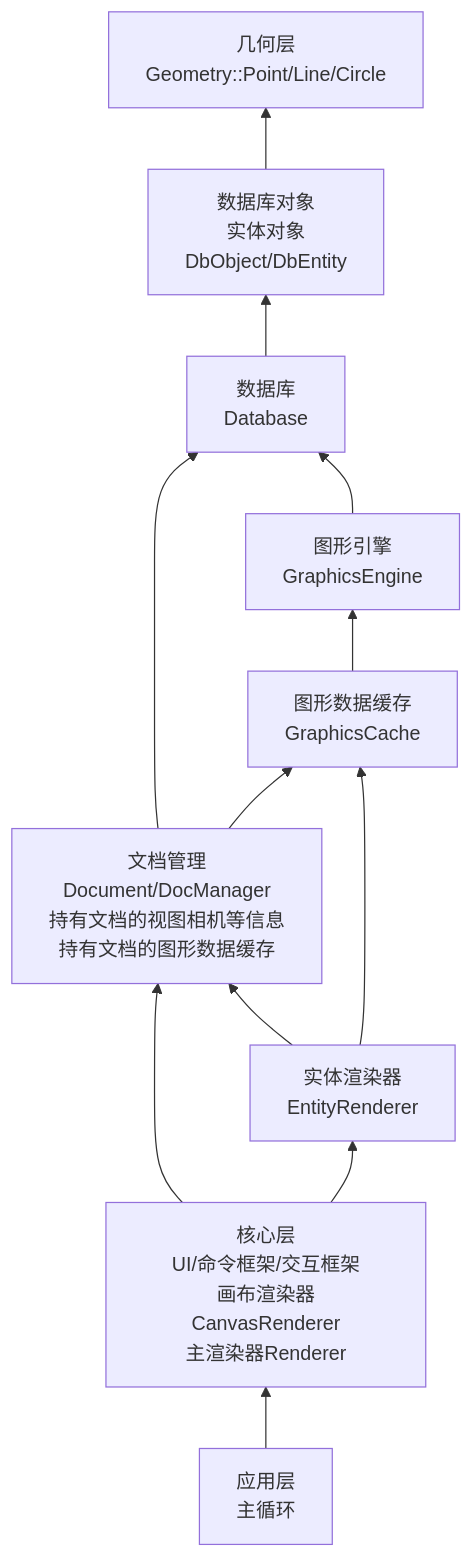
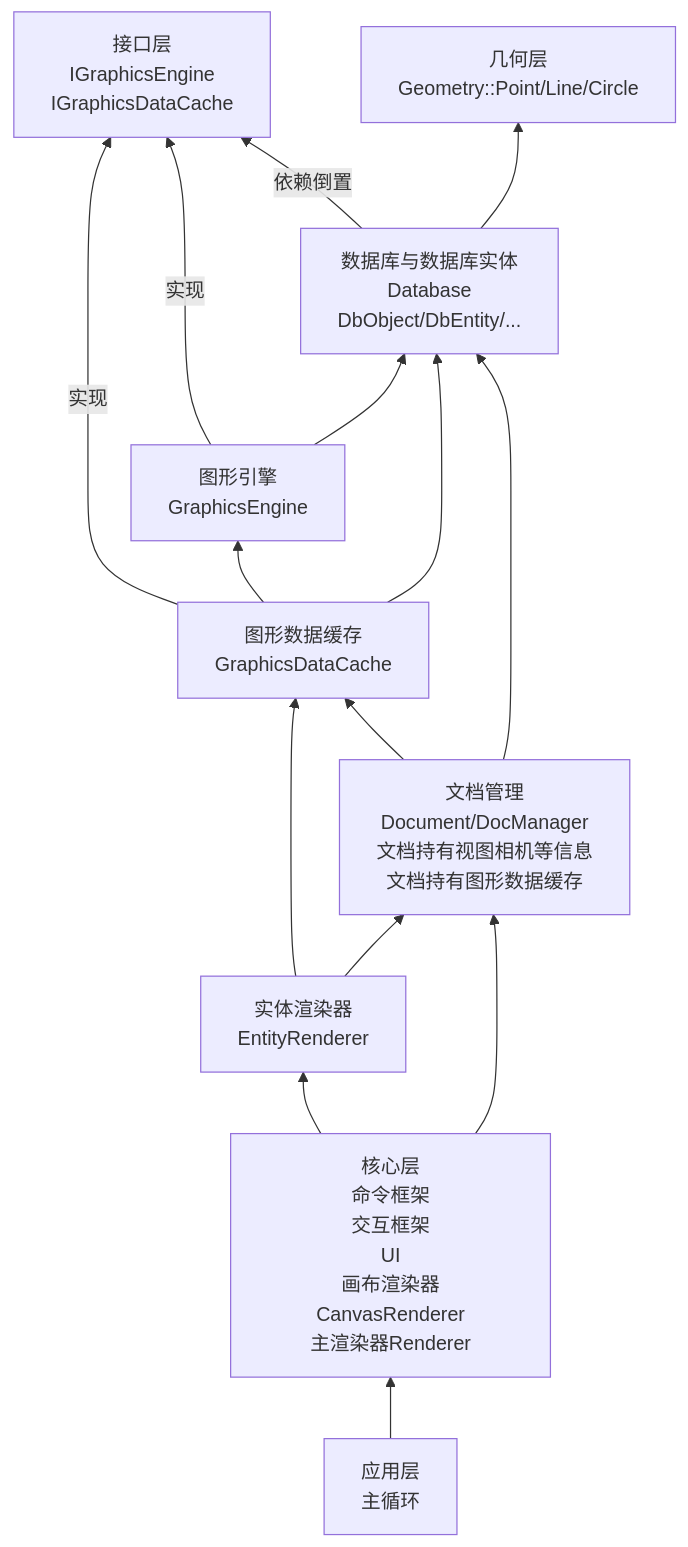
Before and after one commit to tch0/CadToy: the diagram in Docs/CoreDesign.md, drawn with Mermaid. The commit also changed other lines of this file and 11 other files, not shown here.

Commit message:
图形引擎与图形数据缓存接口类定义

````diff
--- a/Docs/CoreDesign.md
+++ b/Docs/CoreDesign.md
@@ -40,24 +41,28 @@
 ```mermaid
 graph BT
     GEO[几何层<br/>Geometry::Point/Line/Circle]
-    ENT[数据库对象<br/>实体对象<br/>DbObject/DbEntity]
-    DB[数据库<br/>Database]
-    DOC[文档管理<br/>Document/DocManager<br/>持有文档的视图相机等信息<br/>持有文档的图形数据缓存]
+    INTERFACE[接口层<br/>IGraphicsEngine<br/>IGraphicsDataCache]
+    DB[数据库与数据库实体<br/>Database<br/>DbObject/DbEntity/...]
+    DOC[文档管理<br/>Document/DocManager<br/>文档持有视图相机等信息<br/>文档持有图形数据缓存]
     GE[图形引擎<br/>GraphicsEngine]
-    GECACHE[图形数据缓存<br/>GraphicsCache]
+    GECACHE[图形数据缓存<br/>GraphicsDataCache]
     RENDER[实体渲染器<br/>EntityRenderer]
-    CORE[核心层<br/>UI/命令框架/交互框架<br/>画布渲染器CanvasRenderer<br/>主渲染器Renderer]
+    CORE[核心层<br/>命令框架<br/>交互框架<br/>UI<br/>画布渲染器CanvasRenderer<br/>主渲染器Renderer]
     APP[应用层<br/>主循环]
 
-    ENT --> GEO
-    DB --> ENT
+    
+    DB -- 依赖倒置 --> INTERFACE
+    DB --> GEO
+    GE -- 实现 --> INTERFACE
+    GECACHE -- 实现 --> INTERFACE
     DOC --> DB
+    GECACHE --> DB
     GE --> DB
     GECACHE --> GE
     DOC --> GECACHE
     CORE --> DOC
     RENDER --> GECACHE
     RENDER --> DOC
     CORE --> RENDER
     APP --> CORE
 ```
````
